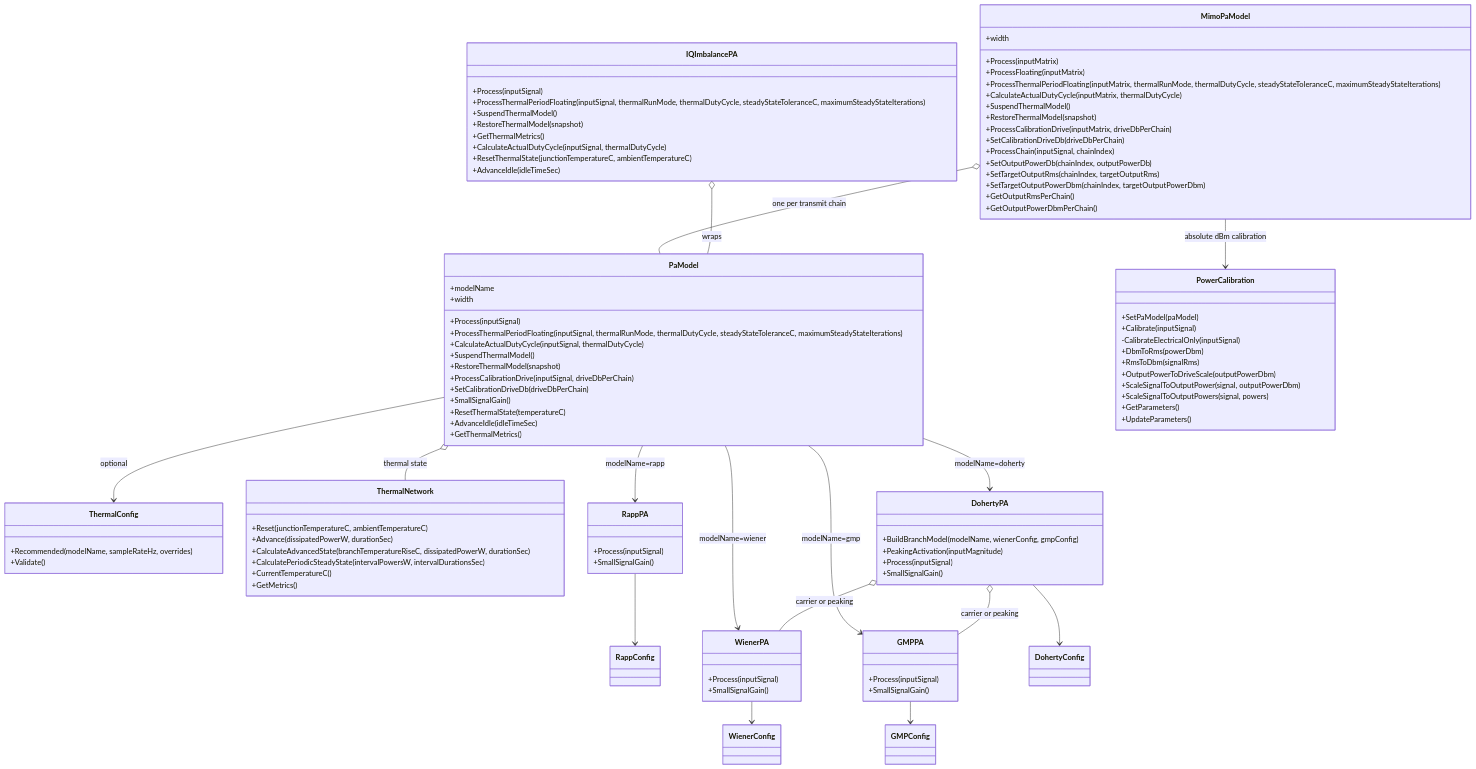
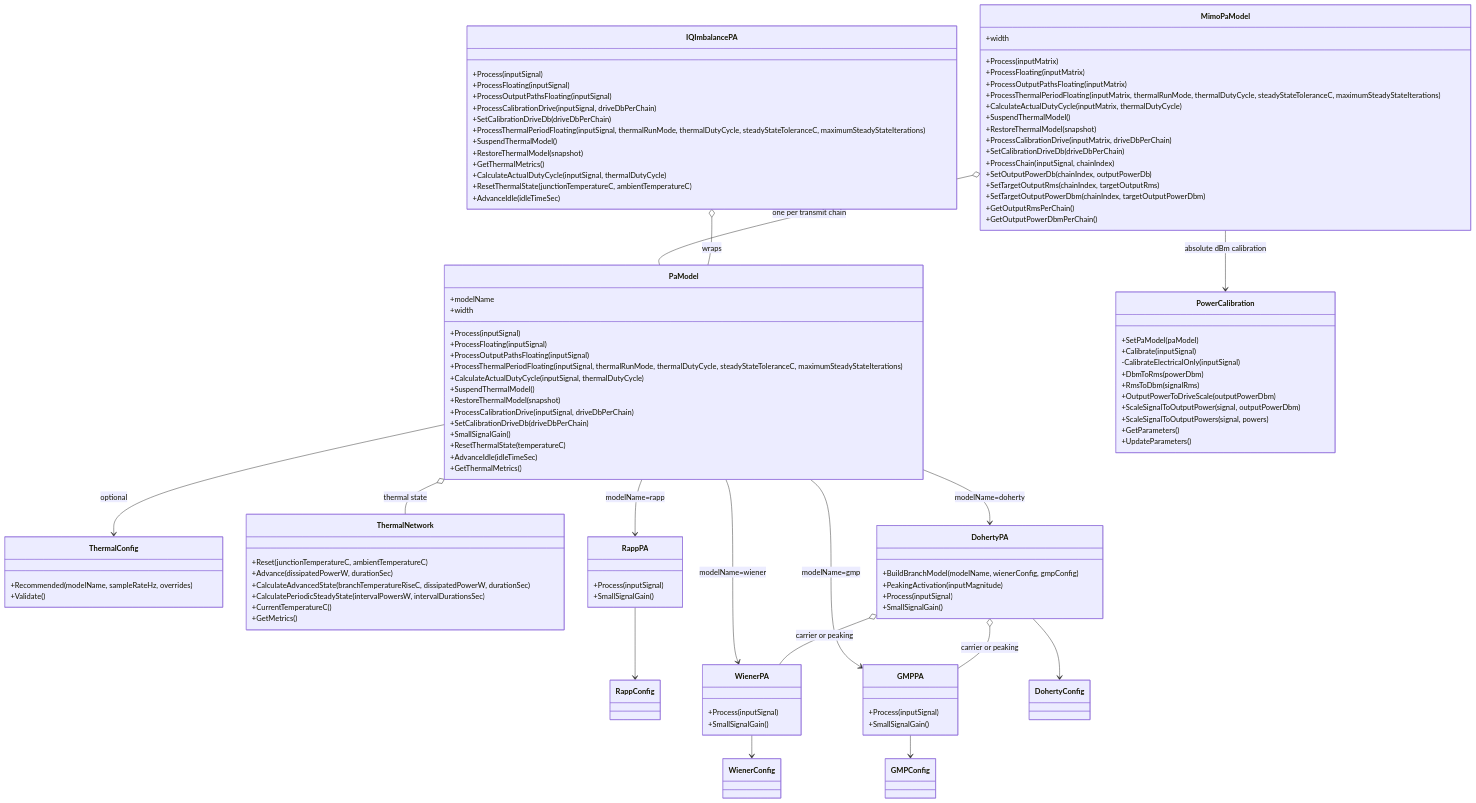
The seventh of 10 diagrams in doc/PaModel.md (niyilu45/DPD_ILC), drawn with Mermaid before and after one commit. The commit also changed other lines of this file and 10 other files, not shown here.

```diff
--- a/doc/PaModel.md
+++ b/doc/PaModel.md
@@ -1604,6 +1614,8 @@
         +modelName
         +width
         +Process(inputSignal)
+        +ProcessFloating(inputSignal)
+        +ProcessOutputPathsFloating(inputSignal)
         +ProcessThermalPeriodFloating(inputSignal, thermalRunMode, thermalDutyCycle, steadyStateToleranceC, maximumSteadyStateIterations)
         +CalculateActualDutyCycle(inputSignal, thermalDutyCycle)
         +SuspendThermalModel()
@@ -1663,6 +1675,10 @@
     }
     class IQImbalancePA {
         +Process(inputSignal)
+        +ProcessFloating(inputSignal)
+        +ProcessOutputPathsFloating(inputSignal)
+        +ProcessCalibrationDrive(inputSignal, driveDbPerChain)
+        +SetCalibrationDriveDb(driveDbPerChain)
         +ProcessThermalPeriodFloating(inputSignal, thermalRunMode, thermalDutyCycle, steadyStateToleranceC, maximumSteadyStateIterations)
         +SuspendThermalModel()
         +RestoreThermalModel(snapshot)
@@ -1675,6 +1691,7 @@
         +width
         +Process(inputMatrix)
         +ProcessFloating(inputMatrix)
+        +ProcessOutputPathsFloating(inputMatrix)
         +ProcessThermalPeriodFloating(inputMatrix, thermalRunMode, thermalDutyCycle, steadyStateToleranceC, maximumSteadyStateIterations)
         +CalculateActualDutyCycle(inputMatrix, thermalDutyCycle)
         +SuspendThermalModel()
```
